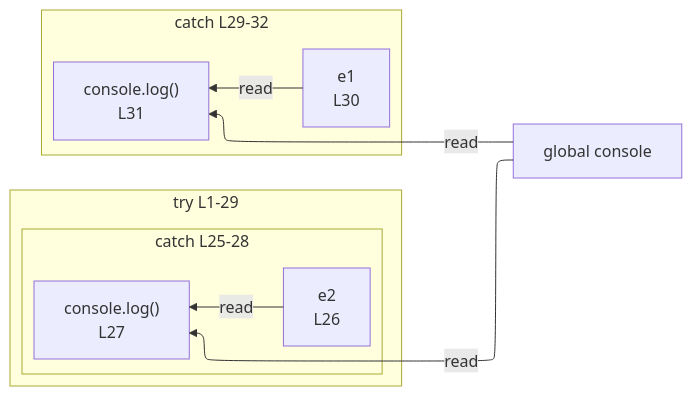
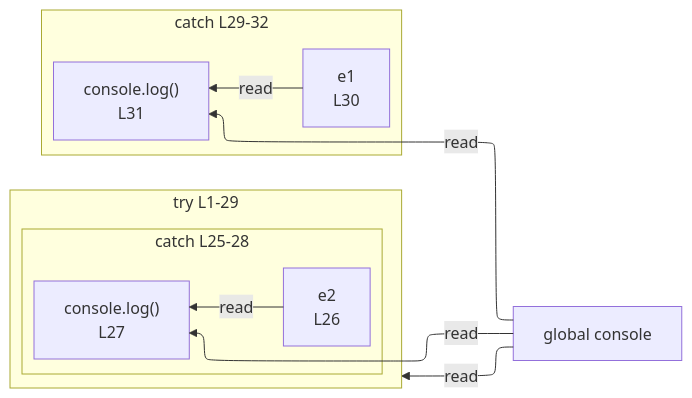
The diagram in integration/fixtures/app-behavior/depth/try-catch-finally/depth-1/preview.md (crescware/unsnarl), drawn with Mermaid before and after one commit. The commit also changed 63 other files, not shown here.

````diff
--- a/integration/fixtures/app-behavior/depth/try-catch-finally/depth-1/preview.md
+++ b/integration/fixtures/app-behavior/depth/try-catch-finally/depth-1/preview.md
@@ -42,22 +42,23 @@
 ```mermaid
 %%{init: {"flowchart": {"defaultRenderer": "elk"}}}%%
 flowchart RL
   n_scope_0_console_103["global console"]
   subgraph s_scope_1["try L1-29"]
     direction RL
     subgraph s_scope_11["catch L25-28"]
       direction RL
       n_scope_11_e2_453["e2<br/>L26"]
       expr_stmt_468["console.log()<br/>L27"]
     end
   end
   subgraph s_scope_12["catch L29-32"]
     direction RL
     n_scope_12_e1_507["e1<br/>L30"]
     expr_stmt_520["console.log()<br/>L31"]
   end
+  n_scope_0_console_103 -->|read| s_scope_1
   n_scope_0_console_103 -->|read| expr_stmt_468
   n_scope_11_e2_453 -->|read| expr_stmt_468
   n_scope_0_console_103 -->|read| expr_stmt_520
   n_scope_12_e1_507 -->|read| expr_stmt_520
 ```
````
